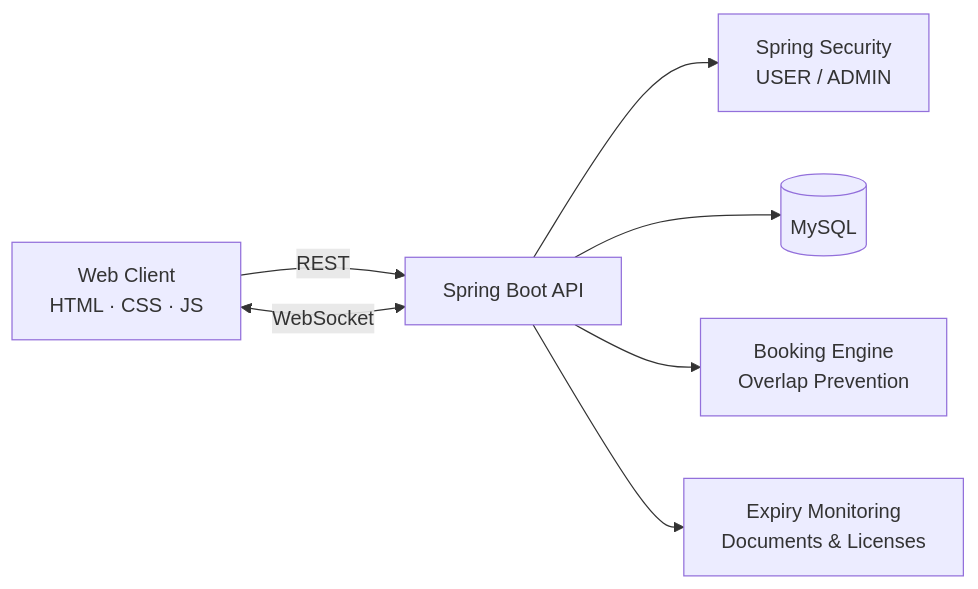
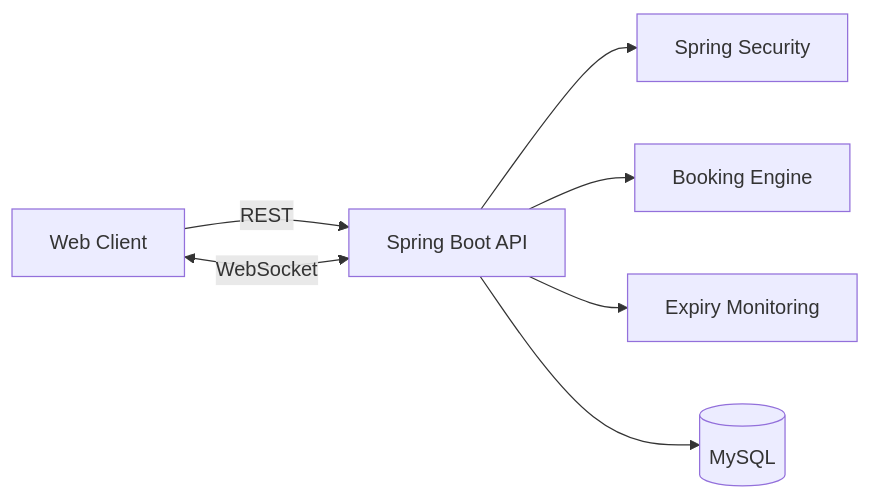
The second of 2 diagrams in README.md (Priyadharshini1306/Priyadharshini1306), drawn with Mermaid before and after one commit. The commit also changed other lines of this file, not shown here.

````diff
--- a/README.md
+++ b/README.md
@@ -133,9 +96,9 @@
 ```mermaid
 flowchart LR
-    A[Web Client<br/>HTML · CSS · JS] -->|REST| B[Spring Boot API]
+    A["Web Client"] -->|REST| B["Spring Boot API"]
     A <-->|WebSocket| B
-    B --> C[Spring Security<br/>USER / ADMIN]
-    B --> D[(MySQL)]
-    B --> E[Booking Engine<br/>Overlap Prevention]
-    B --> F[Expiry Monitoring<br/>Documents & Licenses]
+    B --> C["Spring Security"]
+    B --> E["Booking Engine"]
+    B --> F["Expiry Monitoring"]
+    B --> D[("MySQL")]
 ```
````
